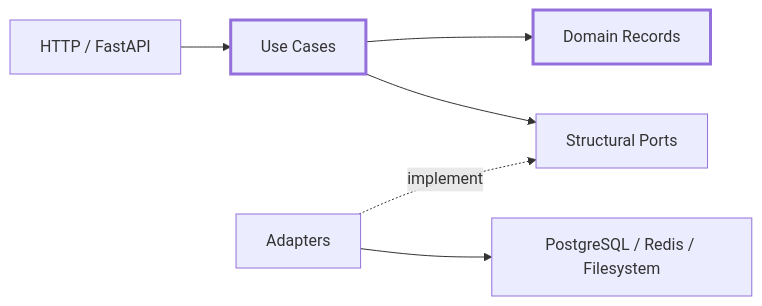
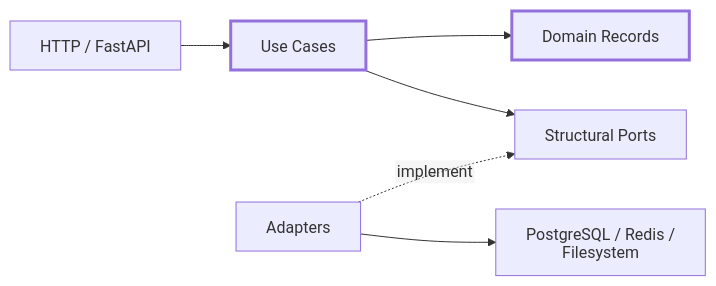
One commit to viktoriia-competitive/ksi-internships-scalable-backend changed the seventh of 7 diagrams in README.md. Above: the diagram before and after it, drawn with Mermaid.

Commit message:
Add mermaid diagram configuration to README

````diff
--- a/README.md
+++ b/README.md
@@ -647,18 +647,22 @@
 ```mermaid
+---
+config:
+  htmlLabels: false
+---
 flowchart LR
     HTTP[HTTP / FastAPI]
     UseCases[Use Cases]
     Core[Domain Records]
     Ports[Structural Ports]
     Adapters[Adapters]
     Infra[PostgreSQL / Redis / Filesystem]
 
     HTTP --> UseCases
     UseCases --> Core
     UseCases --> Ports
     Adapters -. implement .-> Ports
     Adapters --> Infra
 
     style Core stroke-width:3px
     style UseCases stroke-width:3px
 ```
````
